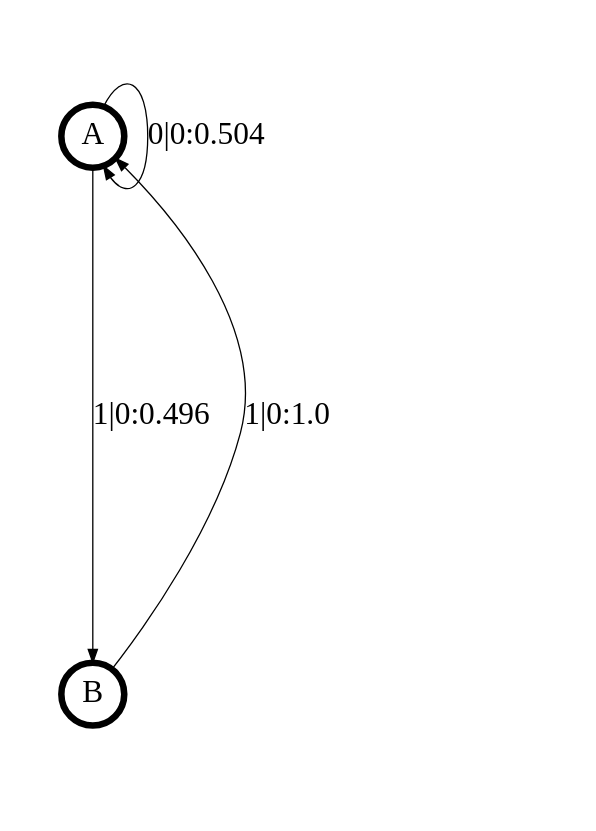
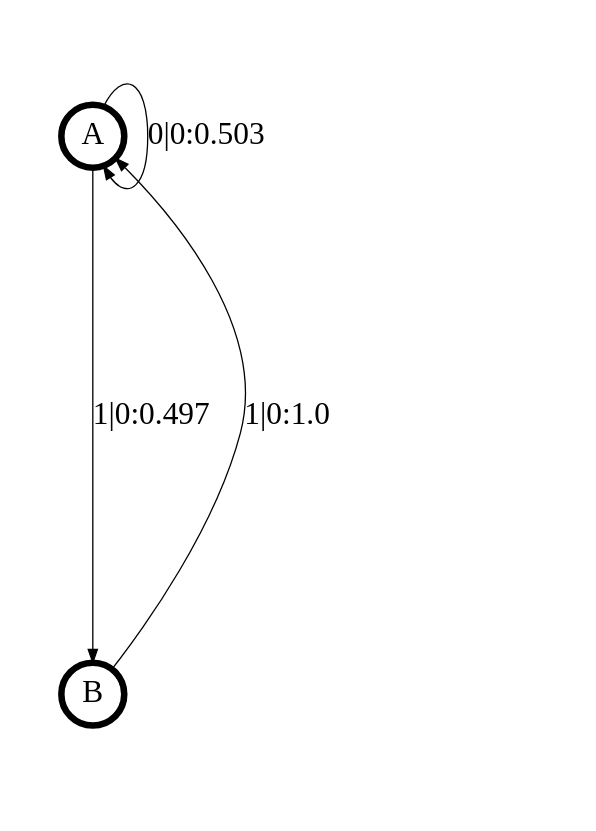
Before and after one commit to ddarmon/transCSSR: the diagram in transCSSR_results/+even.dot, drawn with Graphviz. The commit also changed 12 other files, not shown here.

```diff
--- a/transCSSR_results/+even.dot
+++ b/transCSSR_results/+even.dot
@@ -1,15 +1,15 @@
 digraph  {
 size = "6,8.5";
 ratio = "fill";
 node
 [shape = circle];
 node [fontsize = 24];
 node [penwidth = 5];
 edge [fontsize = 24];
 node [fontname = "CMU Serif Roman"];
 graph [fontname = "CMU Serif Roman"];
 edge [fontname = "CMU Serif Roman"];
-A -> A [label = "0|0:0.504\l"];
-A -> B [label = "1|0:0.496\l"];
+A -> A [label = "0|0:0.503\l"];
+A -> B [label = "1|0:0.497\l"];
 B -> A [label = "1|0:1.0\l"];
 }
```
